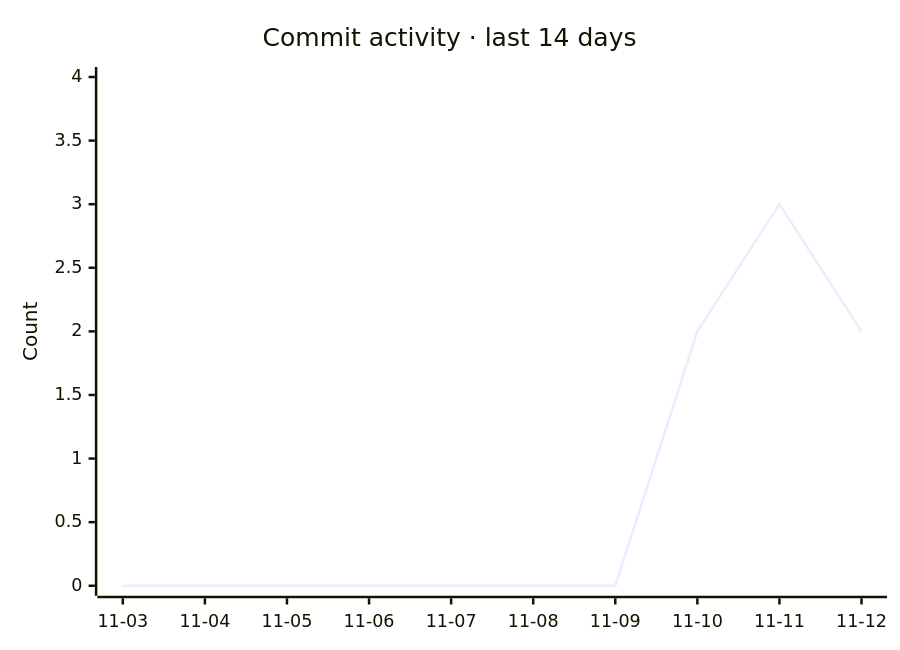
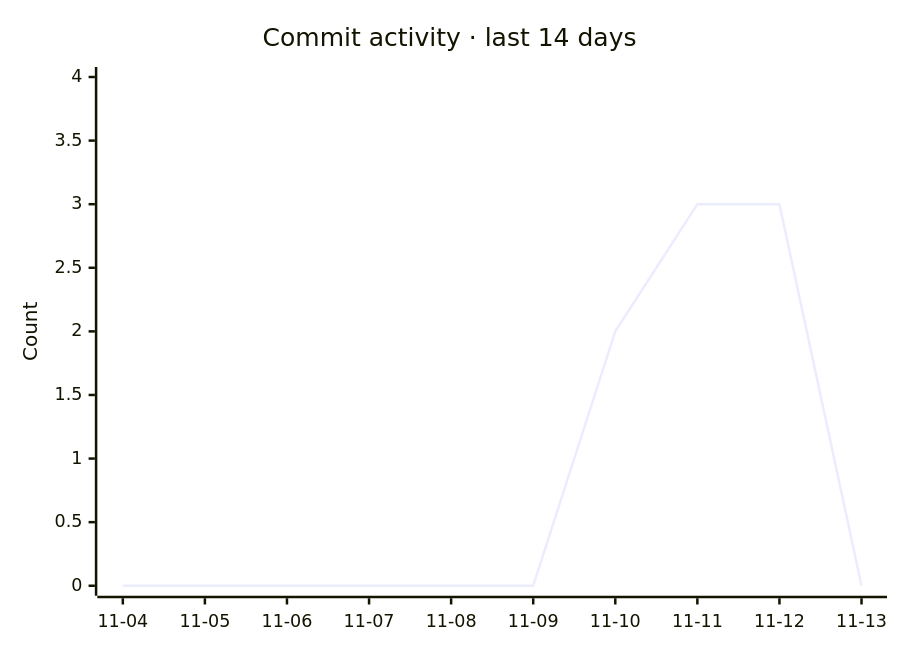
Before and after one commit to razzaqinspires/whiskay-bot: the second of 2 diagrams in README.md, drawn with Mermaid. The commit also changed other lines of this file and 2 other files, not shown here.

Commit message:
chore(metrics): refresh GitHub traffic and update timestamp [skip ci]

````diff
--- a/README.md
+++ b/README.md
@@ -329,7 +329,7 @@
 ```mermaid
 xychart-beta
     title "Commit activity · last 14 days"
-    x-axis ["11-03", "11-04", "11-05", "11-06", "11-07", "11-08", "11-09", "11-10", "11-11", "11-12"]
+    x-axis ["11-04", "11-05", "11-06", "11-07", "11-08", "11-09", "11-10", "11-11", "11-12", "11-13"]
     y-axis "Count" 0 --> 4
-    line [0, 0, 0, 0, 0, 0, 0, 2, 3, 2]
+    line [0, 0, 0, 0, 0, 0, 2, 3, 3, 0]
 ```
````
